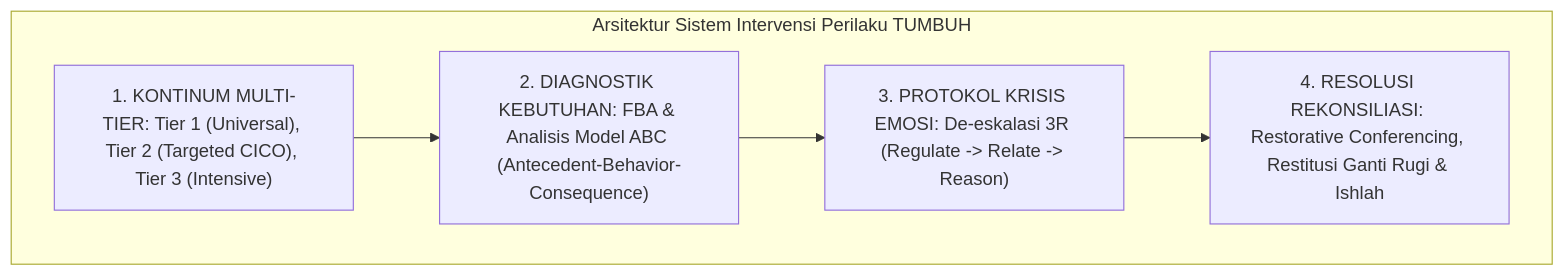
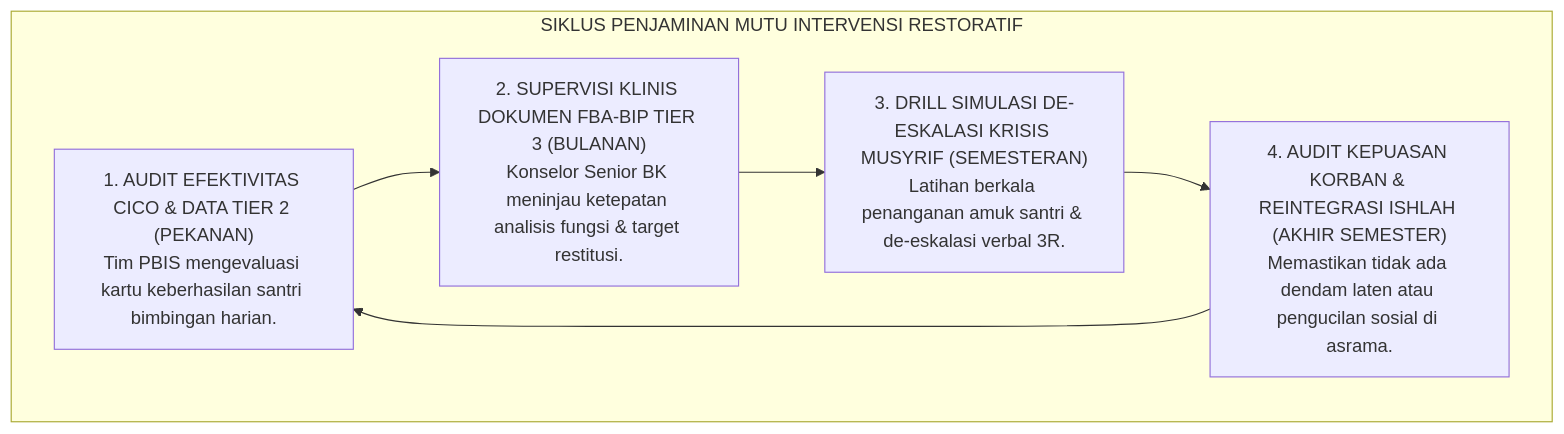
The fourth of 4 diagrams in 02 Principles/06 Intervention Principles/P2-06-05-Sintesis-Intervention-Principles-TUMBUH.md (wandiapriliyandi/tumbuh), drawn with Mermaid before and after one commit. The commit also changed other lines of this file and 42 other files, not shown here.

````diff
--- a/02 Principles/06 Intervention Principles/P2-06-05-Sintesis-Intervention-Principles-TUMBUH.md
+++ b/02 Principles/06 Intervention Principles/P2-06-05-Sintesis-Intervention-Principles-TUMBUH.md
@@ -10,13 +182,14 @@
 ```mermaid
-graph TD
-    subgraph Sistem_Intervensi_TUMBUH["Arsitektur Sistem Intervensi Perilaku TUMBUH"]
-        I1["1. KONTINUM MULTI-TIER: Tier 1 (Universal), Tier 2 (Targeted CICO), Tier 3 (Intensive)"]
-        I2["2. DIAGNOSTIK KEBUTUHAN: FBA & Analisis Model ABC (Antecedent-Behavior-Consequence)"]
-        I3["3. PROTOKOL KRISIS EMOSI: De-eskalasi 3R (Regulate -> Relate -> Reason)"]
-        I4["4. RESOLUSI REKONSILIASI: Restorative Conferencing, Restitusi Ganti Rugi & Ishlah"]
-
-        I1 --> I2
-        I2 --> I3
-        I3 --> I4
+flowchart TD
+    subgraph SiklusPenjaminanMutuIntervensiTUMBUH["SIKLUS PENJAMINAN MUTU INTERVENSI RESTORATIF"]
+        AuditCICO["1. AUDIT EFEKTIVITAS CICO & DATA TIER 2 (PEKANAN)<br/>Tim PBIS mengevaluasi kartu keberhasilan santri bimbingan harian."]
+        
+        SupervisiFBA["2. SUPERVISI KLINIS DOKUMEN FBA-BIP TIER 3 (BULANAN)<br/>Konselor Senior BK meninjau ketepatan analisis fungsi & target restitusi."]
+        
+        SimulasiDeEskalasi["3. DRILL SIMULASI DE-ESKALASI KRISIS MUSYRIF (SEMESTERAN)<br/>Latihan berkala penanganan amuk santri & de-eskalasi verbal 3R."]
+        
+        AuditRestoratif["4. AUDIT KEPUASAN KORBAN & REINTEGRASI ISHLAH (AKHIR SEMESTER)<br/>Memastikan tidak ada dendam laten atau pengucilan sosial di asrama."]
+        
+        AuditCICO --> SupervisiFBA --> SimulasiDeEskalasi --> AuditRestoratif --> AuditCICO
     end
 ```
````
